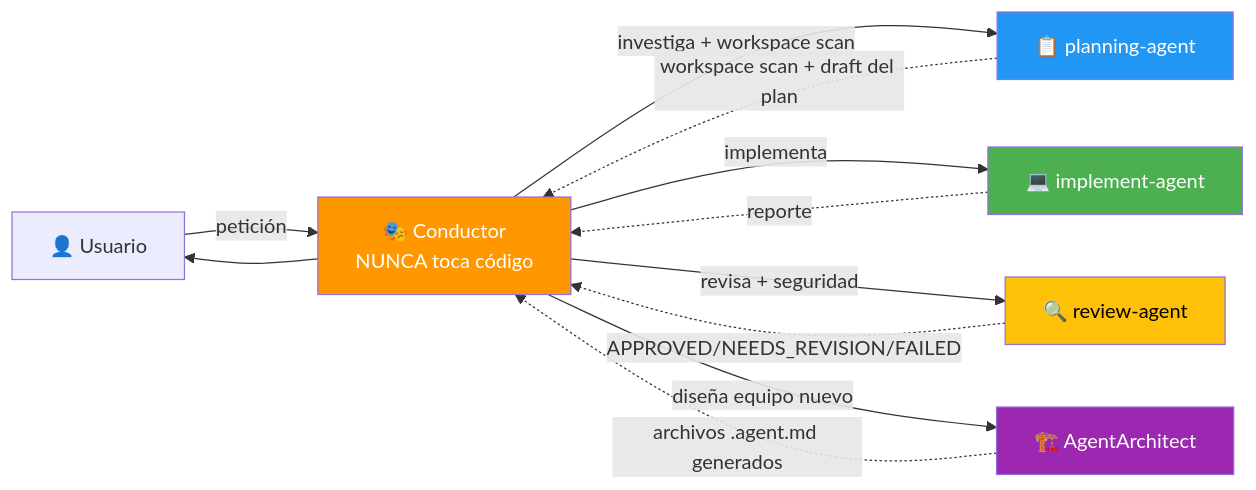
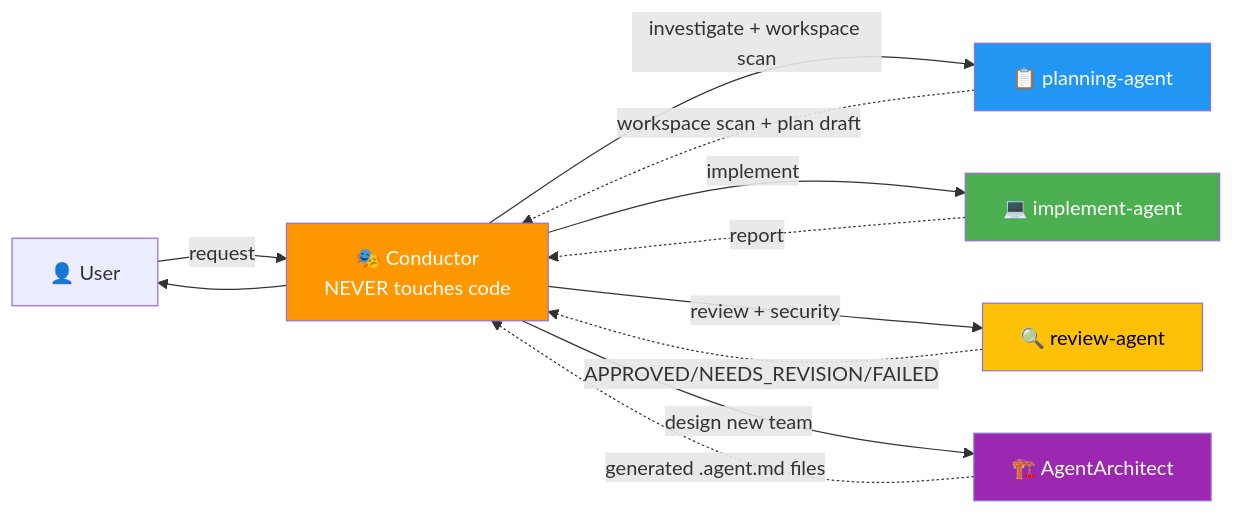
Before and after one commit to elisaul77/Orquestacion_Agentes_claude: the diagram in AGENTS.md, drawn with Mermaid. The commit also changed other lines of this file and 14 other files, not shown here.

````diff
--- a/AGENTS.md
+++ b/AGENTS.md
@@ -5,19 +5,19 @@
 ```mermaid
 flowchart LR
-    USER["👤 Usuario"] -->|"petición"| CONDUCTOR["🎭 Conductor<br/>NUNCA toca código"]
-    CONDUCTOR -->|"investiga + workspace scan"| PA["📋 planning-agent"]
-    CONDUCTOR -->|"implementa"| IA["💻 implement-agent"]
-    CONDUCTOR -->|"revisa + seguridad"| RA["🔍 review-agent"]
-    CONDUCTOR -->|"diseña equipo nuevo"| AA["🏗️ AgentArchitect"]
-    PA -.->|"workspace scan + draft del plan"| CONDUCTOR
-    IA -.->|"reporte"| CONDUCTOR
+    USER["👤 User"] -->|"request"| CONDUCTOR["🎭 Conductor<br/>NEVER touches code"]
+    CONDUCTOR -->|"investigate + workspace scan"| PA["📋 planning-agent"]
+    CONDUCTOR -->|"implement"| IA["💻 implement-agent"]
+    CONDUCTOR -->|"review + security"| RA["🔍 review-agent"]
+    CONDUCTOR -->|"design new team"| AA["🏗️ AgentArchitect"]
+    PA -.->|"workspace scan + plan draft"| CONDUCTOR
+    IA -.->|"report"| CONDUCTOR
     RA -.->|"APPROVED/NEEDS_REVISION/FAILED"| CONDUCTOR
-    AA -.->|"archivos .agent.md generados"| CONDUCTOR
+    AA -.->|"generated .agent.md files"| CONDUCTOR
     CONDUCTOR --> USER
 
     style CONDUCTOR fill:#ff9800,color:#fff
     style PA fill:#2196f3,color:#fff
     style IA fill:#4caf50,color:#fff
     style RA fill:#ffc107,color:#000
     style AA fill:#9c27b0,color:#fff
 ```
````
